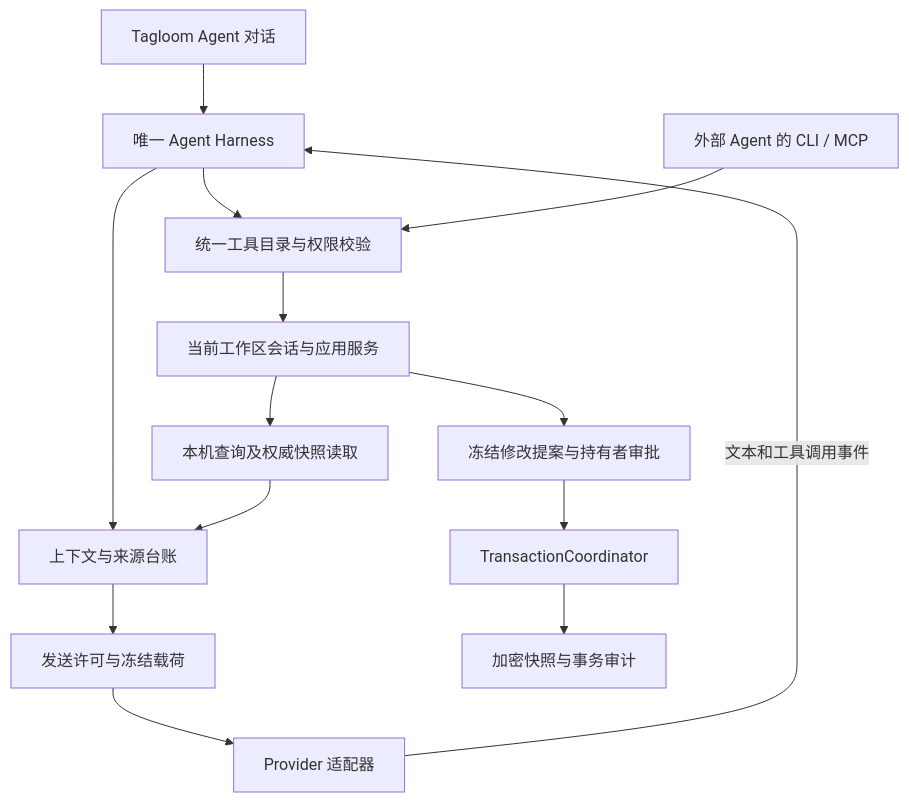
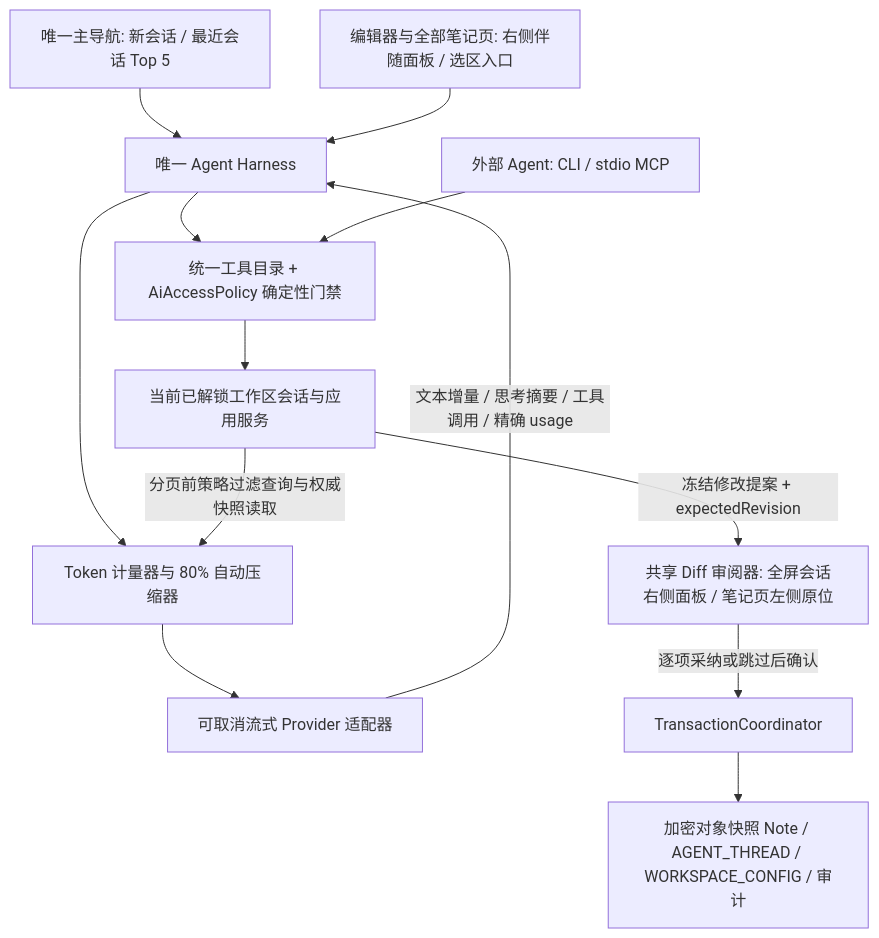
Before and after one commit to oruke/Tagloom: the diagram in docs/agent-design.md, drawn with Mermaid. The commit also changed other lines of this file and 2 other files, not shown here.

First line of the commit message:
docs: 定稿 Agent Harness 单侧栏导航、双方位 Diff 与 80% 上下文自动压缩设计

````diff
--- a/docs/agent-design.md
+++ b/docs/agent-design.md
@@ -92,16 +166,15 @@
 ```mermaid
 flowchart TD
-    UI[Tagloom Agent 对话] --> H[唯一 Agent Harness]
-    H --> C[上下文与来源台账]
-    C --> G[发送许可与冻结载荷]
-    G --> P[Provider 适配器]
-    P -->|文本和工具调用事件| H
-    H --> T[统一工具目录与权限校验]
-    X[外部 Agent 的 CLI / MCP] --> T
-    T --> S[当前工作区会话与应用服务]
-    S --> R[本机查询及权威快照读取]
-    R --> C
-    S --> A[冻结修改提案与持有者审批]
-    A --> W[TransactionCoordinator]
-    W --> E[加密快照与事务审计]
+    UI1[唯一主导航: 新会话 / 最近会话 Top 5] --> H[唯一 Agent Harness]
+    UI2[编辑器与全部笔记页: 右侧伴随面板 / 选区入口] --> H
+    H --> M[Token 计量器与 80% 自动压缩器]
+    M --> P[可取消流式 Provider 适配器]
+    P -->|文本增量 / 思考摘要 / 工具调用 / 精确 usage| H
+    H --> T[统一工具目录 + AiAccessPolicy 确定性门禁]
+    EXT[外部 Agent: CLI / stdio MCP] --> T
+    T --> S[当前已解锁工作区会话与应用服务]
+    S -->|分页前策略过滤查询与权威快照读取| M
+    S -->|冻结修改提案 + expectedRevision| R[共享 Diff 审阅器: 全屏会话右侧面板 / 笔记页左侧原位]
+    R -->|逐项采纳或跳过后确认| W[TransactionCoordinator]
+    W --> E[加密对象快照 Note / AGENT_THREAD / WORKSPACE_CONFIG / 审计]
 ```
````
